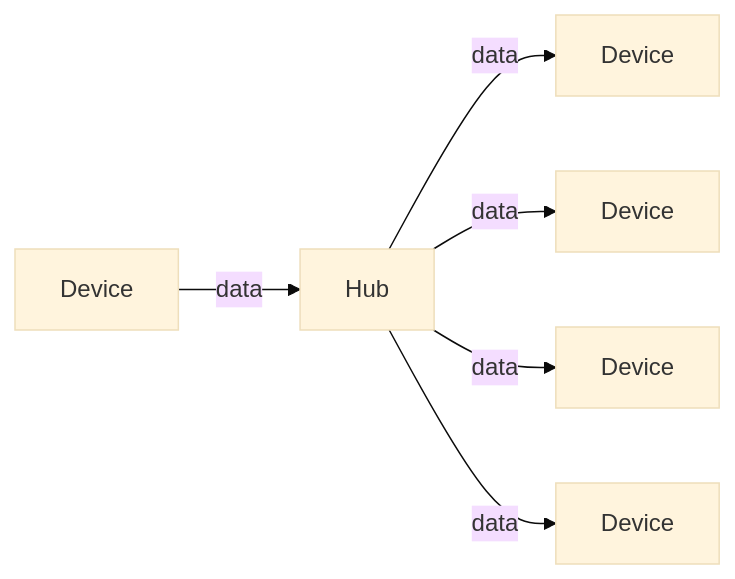
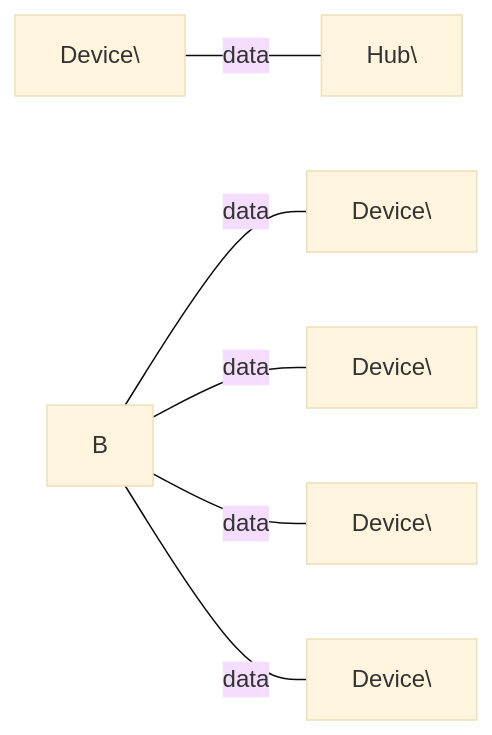
Before and after one commit to featherbear/UNSW-CSE-Thesis: the first of 4 diagrams in site/content/posts/capturing-network-activity-securely.md, drawn with Mermaid (base theme). The commit also changed other lines of this file and 1 other file, not shown here.

```diff
--- a/site/content/posts/capturing-network-activity-securely.md
+++ b/site/content/posts/capturing-network-activity-securely.md
@@ -32,8 +28,8 @@
 <div class="mermaid">
 graph LR
-  A[Device] -->|data| B[Hub]
-  B -->|data| C[Device]
-  B -->|data| D[Device]
-  B -->|data| E[Device]
-  B -->|data| F[Device]
+A\[Device\] ---|data| B\[Hub\]
+B ---|data| C\[Device\]
+B ---|data| D\[Device\]
+B ---|data| E\[Device\]
+B ---|data| F\[Device\]
 </div>
```
